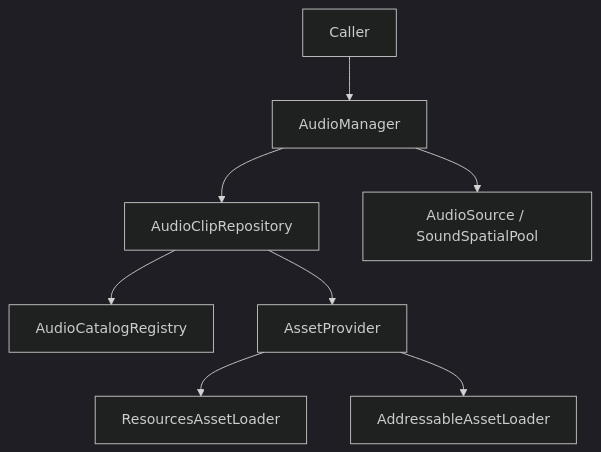
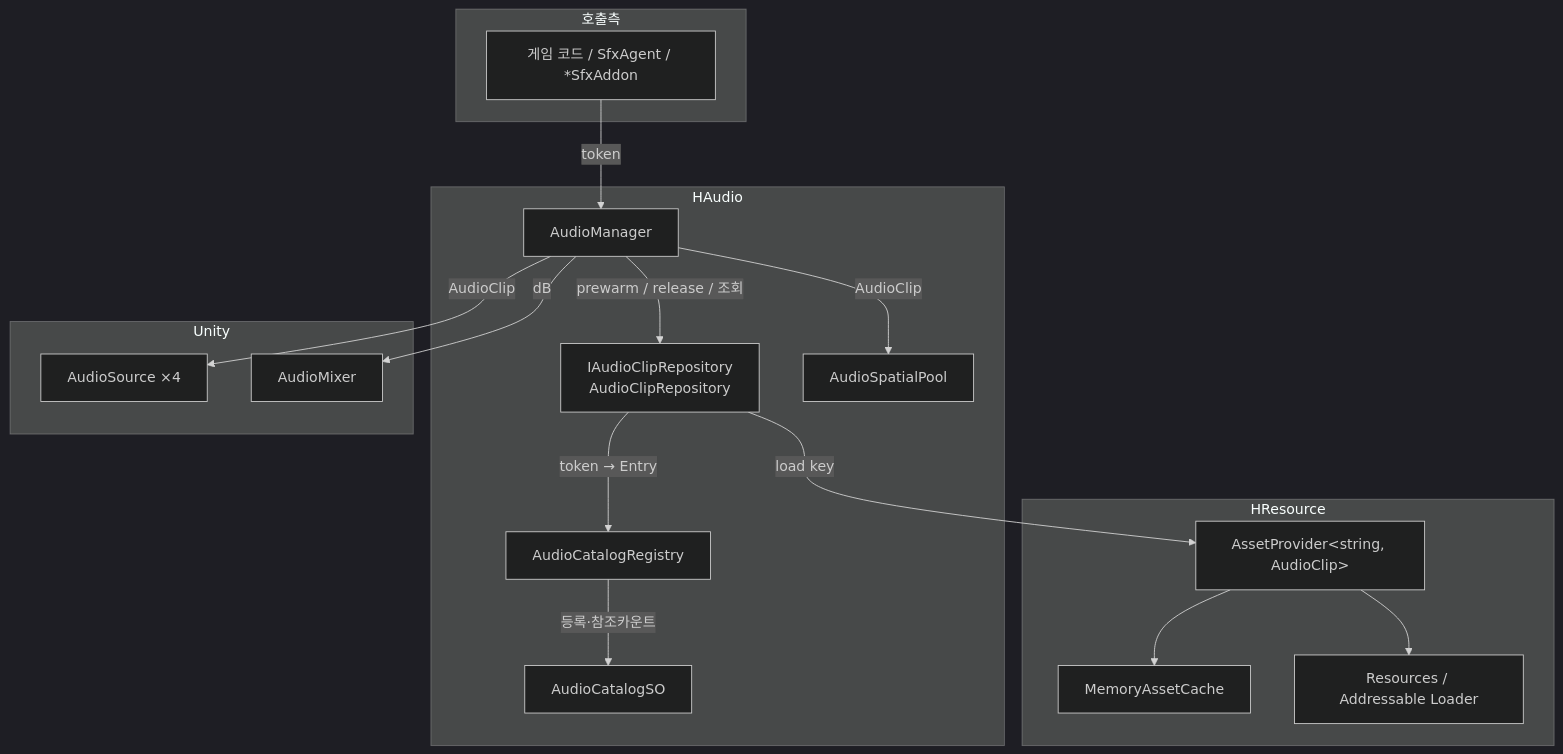
The first of 9 diagrams in HAudio/Runtime/README.md (HoHong123/HCUP-Unity), drawn with Mermaid (dark theme) before and after one commit. The commit also changed other lines of this file and 22 other files, not shown here.

````diff
--- a/HAudio/Runtime/README.md
+++ b/HAudio/Runtime/README.md
@@ -19,10 +50,33 @@
 ```mermaid
 flowchart TD
-    A["Caller"] --> B["AudioManager"]
-    B --> C["AudioClipRepository"]
-    C --> D["AudioCatalogRegistry"]
-    C --> E["AssetProvider<string, AudioClip>"]
-    E --> F["ResourcesAssetLoader"]
-    E --> G["AddressableAssetLoader"]
-    B --> H["AudioSource / SoundSpatialPool"]
+    subgraph 호출측
+    A["게임 코드 / SfxAgent / *SfxAddon"]
+    end
+    subgraph HAudio
+    B["AudioManager"]
+    C["IAudioClipRepository<br/>AudioClipRepository"]
+    D["AudioCatalogRegistry"]
+    E["AudioCatalogSO"]
+    F["AudioSpatialPool"]
+    end
+    subgraph HResource
+    G["AssetProvider&lt;string, AudioClip&gt;"]
+    H["MemoryAssetCache"]
+    I["Resources / Addressable Loader"]
+    end
+    subgraph Unity
+    J["AudioSource ×4"]
+    K["AudioMixer"]
+    end
+
+    A -->|"token"| B
+    B -->|"prewarm / release / 조회"| C
+    C -->|"token → Entry"| D
+    D -->|"등록·참조카운트"| E
+    C -->|"load key"| G
+    G --> H
+    G --> I
+    B -->|"AudioClip"| J
+    B -->|"AudioClip"| F
+    B -->|"dB"| K
 ```
````
